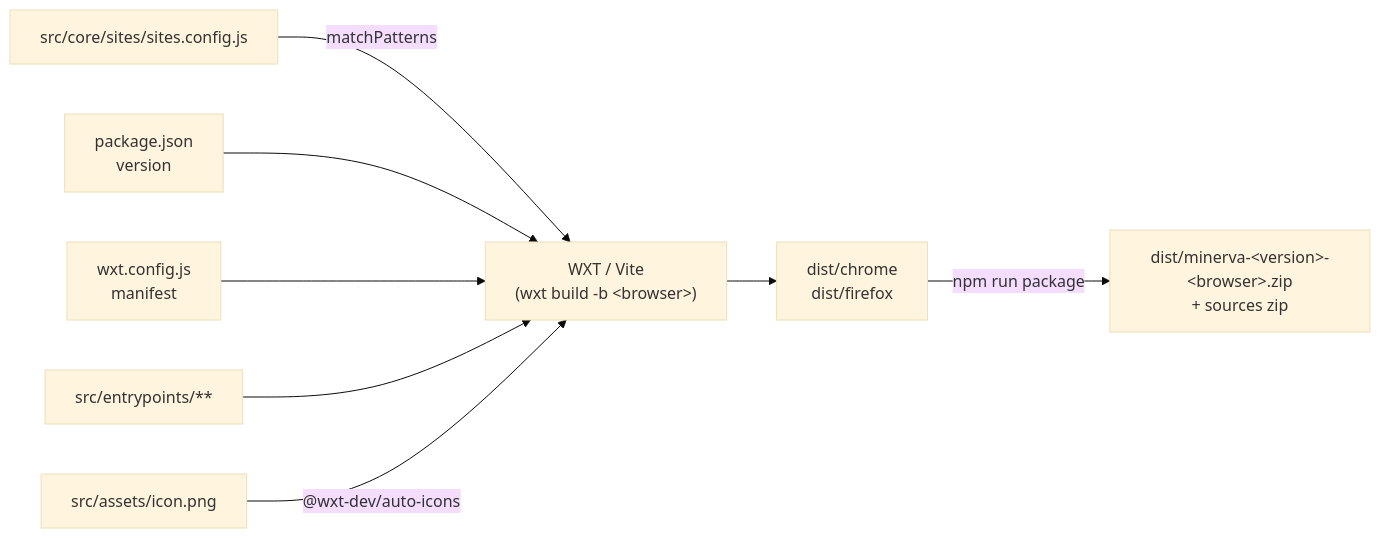
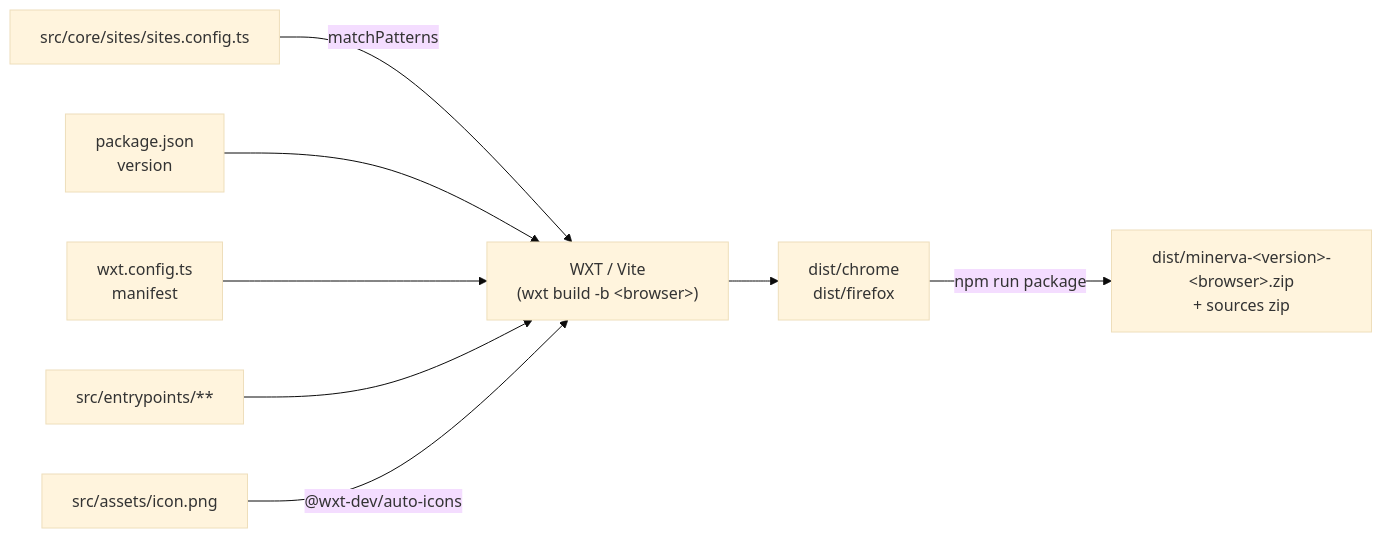
The eighth of 8 diagrams in docs/architecture.md (radyak/minerva-browserplugin), drawn with Mermaid (base theme) before and after one commit. The commit also changed other lines of this file and 105 other files, not shown here.

````diff
--- a/docs/architecture.md
+++ b/docs/architecture.md
@@ -362,10 +362,10 @@
 ```mermaid
 flowchart LR
-  sites["src/core/sites/sites.config.js"] -->|matchPatterns| build["WXT / Vite<br/>(wxt build -b #lt;browser#gt;)"]
+  sites["src/core/sites/sites.config.ts"] -->|matchPatterns| build["WXT / Vite<br/>(wxt build -b #lt;browser#gt;)"]
   pkg["package.json<br/>version"] --> build
-  cfg["wxt.config.js<br/>manifest"] --> build
+  cfg["wxt.config.ts<br/>manifest"] --> build
   entry["src/entrypoints/**"] --> build
   icon["src/assets/icon.png"] -->|"@wxt-dev/auto-icons"| build
   build --> dist["dist/chrome<br/>dist/firefox"]
   dist -->|npm run package| zip["dist/minerva-#lt;version#gt;-#lt;browser#gt;.zip<br/>+ sources zip"]
 ```
````
